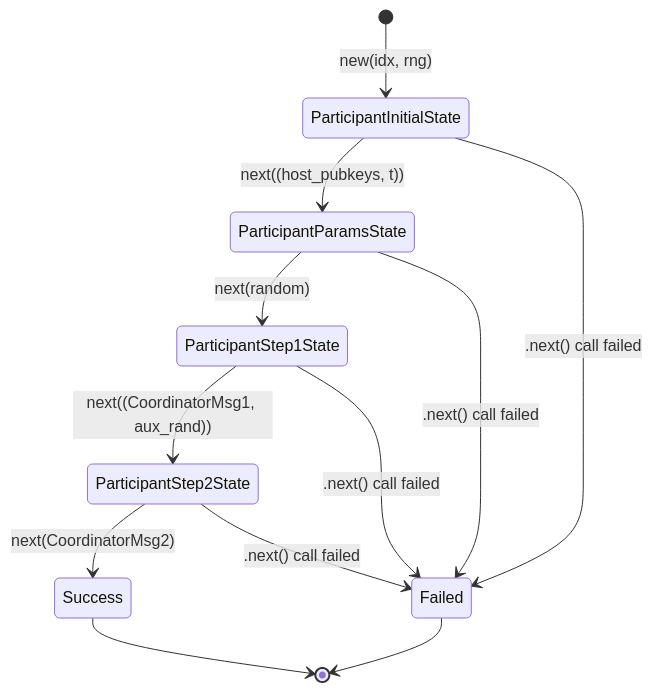
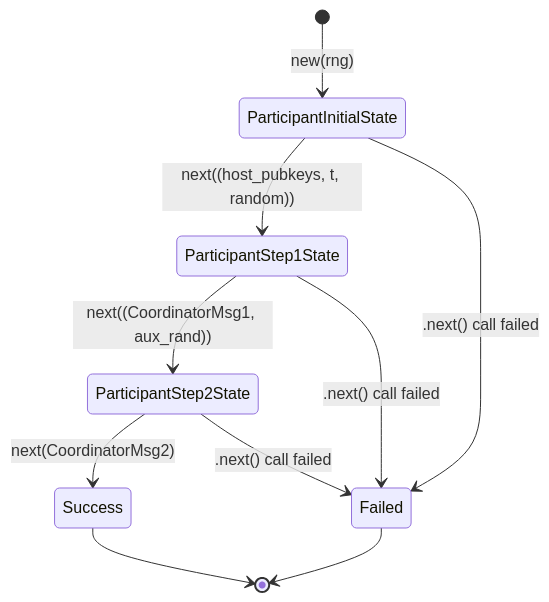
The first of 2 diagrams in README.md (olegfomenko/chilldkg), drawn with Mermaid before and after one commit. The commit also changed other lines of this file and 8 other files, not shown here.

Commit message:
refactoring: removing params state from participant - now we set list of public keys during the step 1 invocation. Also, now each participant evaluates its key by itself.

````diff
--- a/README.md
+++ b/README.md
@@ -57,14 +58,12 @@
 ```mermaid
 stateDiagram-v2
-    [*] --> ParticipantInitialState: new(idx, rng)
-    ParticipantInitialState --> ParticipantParamsState: next((host_pubkeys, t))
+    [*] --> ParticipantInitialState: new(rng)
+    ParticipantInitialState --> ParticipantStep1State: next((host_pubkeys, t, random))
     ParticipantInitialState --> Failed: .next() call failed
-    ParticipantParamsState --> ParticipantStep1State: next(random)
-    ParticipantParamsState --> Failed: .next() call failed
     ParticipantStep1State --> ParticipantStep2State: next((CoordinatorMsg1, aux_rand))
     ParticipantStep1State --> Failed: .next() call failed
     ParticipantStep2State --> Success: next(CoordinatorMsg2)
     ParticipantStep2State --> Failed: .next() call failed
     Success --> [*]
     Failed --> [*]
 ```
````
